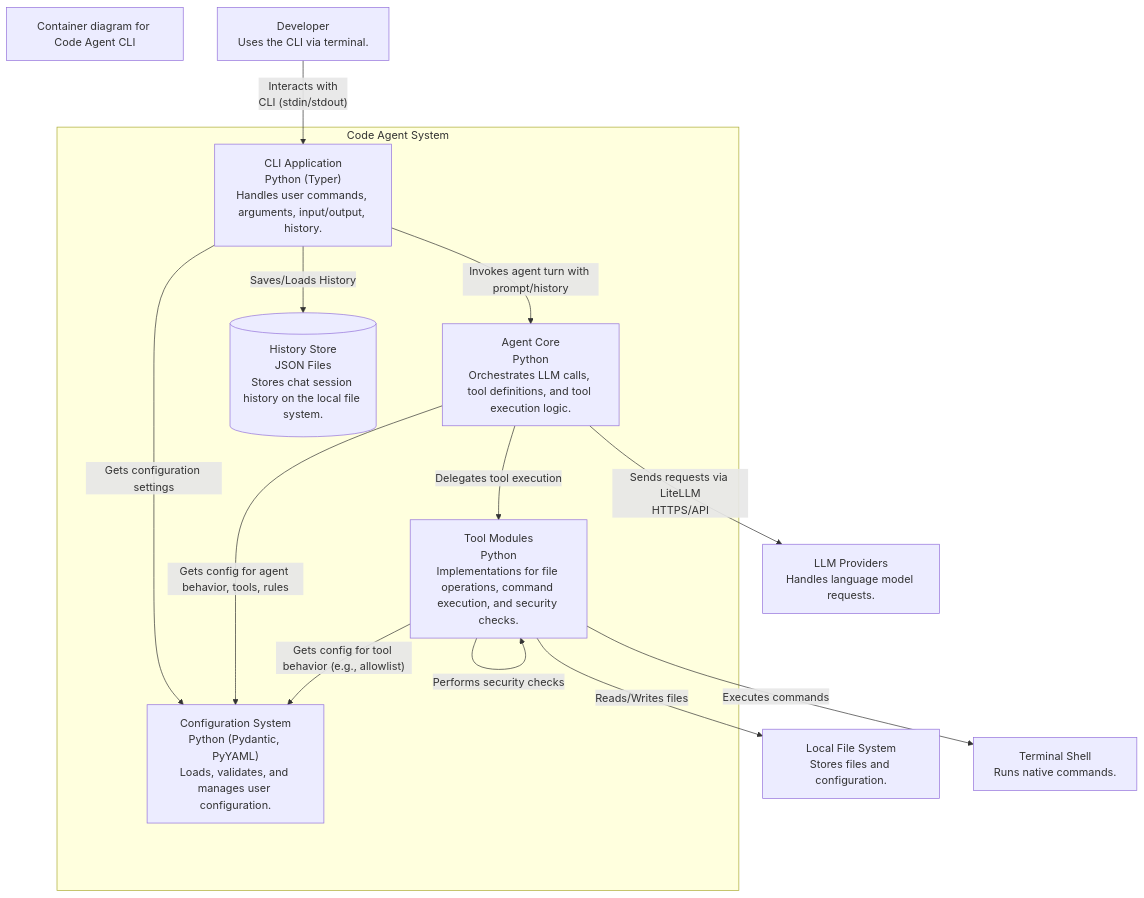
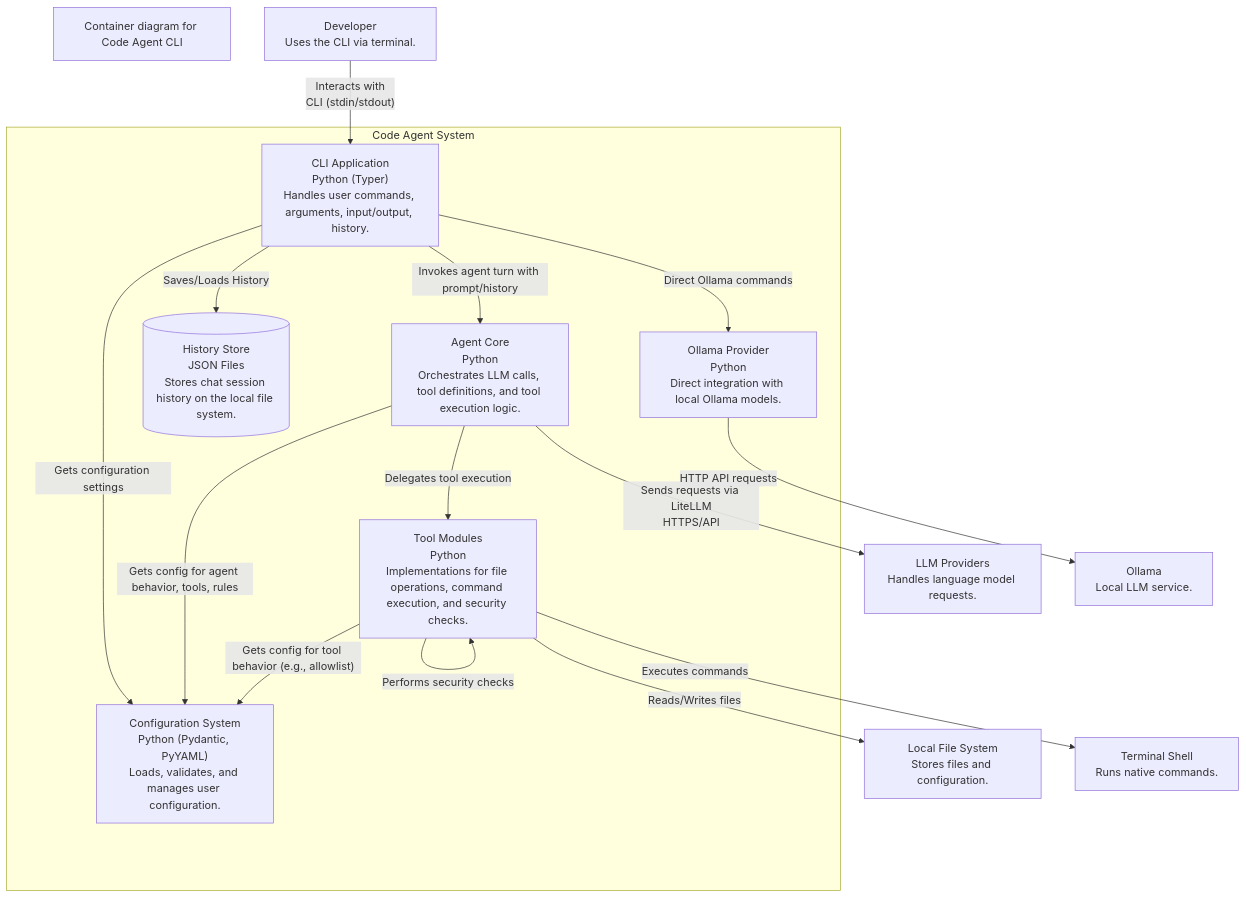
One commit to BlueCentre/code-agent changed the second of 4 diagrams in docs/getting_started_architecture.md. Above: the diagram before and after it, drawn with Mermaid. The commit also changed other lines of this file and 33 other files, not shown here.

First line of the commit message:
Improve test coverage and implement Ollama integration (#12)

````diff
--- a/docs/getting_started_architecture.md
+++ b/docs/getting_started_architecture.md
@@ -31,32 +31,37 @@
 ```mermaid
 flowchart TD
     title["Container diagram for Code Agent CLI"]
 
     user["Developer<br>Uses the CLI via terminal."]
     llm_providers["LLM Providers<br>Handles language model requests."]
+    ollama["Ollama<br>Local LLM service."]
     file_system["Local File System<br>Stores files and configuration."]
     terminal["Terminal Shell<br>Runs native commands."]
 
     subgraph cli_boundary["Code Agent System"]
         cli_app["CLI Application<br>Python (Typer)<br>Handles user commands, arguments, input/output, history."]
         agent_core["Agent Core<br>Python<br>Orchestrates LLM calls, tool definitions, and tool execution logic."]
         config_system["Configuration System<br>Python (Pydantic, PyYAML)<br>Loads, validates, and manages user configuration."]
         tool_modules["Tool Modules<br>Python<br>Implementations for file operations, command execution, and security checks."]
         history_store[(History Store<br>JSON Files<br>Stores chat session history on the local file system.)]
+        ollama_provider["Ollama Provider<br>Python<br>Direct integration with local Ollama models."]
     end
 
     user --> |"Interacts with<br>CLI (stdin/stdout)"| cli_app
 
     cli_app --> |"Invokes agent turn with prompt/history"| agent_core
     cli_app --> |"Gets configuration settings"| config_system
     cli_app --> |"Saves/Loads History"| history_store
+    cli_app --> |"Direct Ollama commands"| ollama_provider
 
     agent_core --> |"Gets config for agent behavior, tools, rules"| config_system
     agent_core --> |"Sends requests via LiteLLM<br>HTTPS/API"| llm_providers
     agent_core --> |"Delegates tool execution"| tool_modules
+
+    ollama_provider --> |"HTTP API requests"| ollama
 
     tool_modules --> |"Gets config for tool behavior (e.g., allowlist)"| config_system
     tool_modules --> |"Reads/Writes files"| file_system
     tool_modules --> |"Executes commands"| terminal
     tool_modules --> |"Performs security checks"| tool_modules
 ```
````
